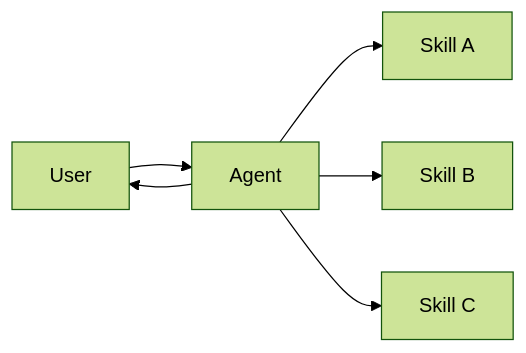
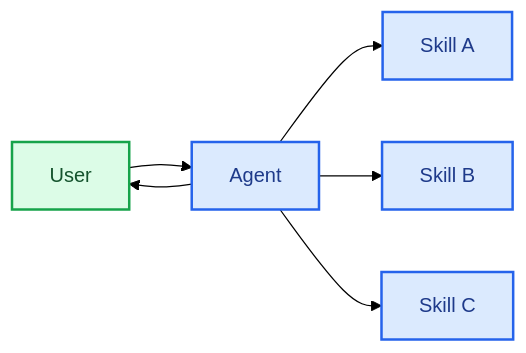
One commit to bansalkanav/docs changed the diagram in build/oss/javascript/langchain/multi-agent/skills.mdx. Above: the diagram before and after it, drawn with Mermaid (forest theme). The commit also changed other lines of this file and 2887 other files, not shown here.

````diff
--- a/build/oss/javascript/langchain/multi-agent/skills.mdx
+++ b/build/oss/javascript/langchain/multi-agent/skills.mdx
@@ -12,8 +14,14 @@
 ```mermaid
 graph LR
     A[User] --> B[Agent]
     B --> C[Skill A]
     B --> D[Skill B]
     B --> E[Skill C]
     B --> A
+
+    classDef trigger fill:#DCFCE7,stroke:#16A34A,stroke-width:2px,color:#14532D
+    classDef process fill:#DBEAFE,stroke:#2563EB,stroke-width:2px,color:#1E3A8A
+
+    class A trigger
+    class B,C,D,E process
 ```
````
